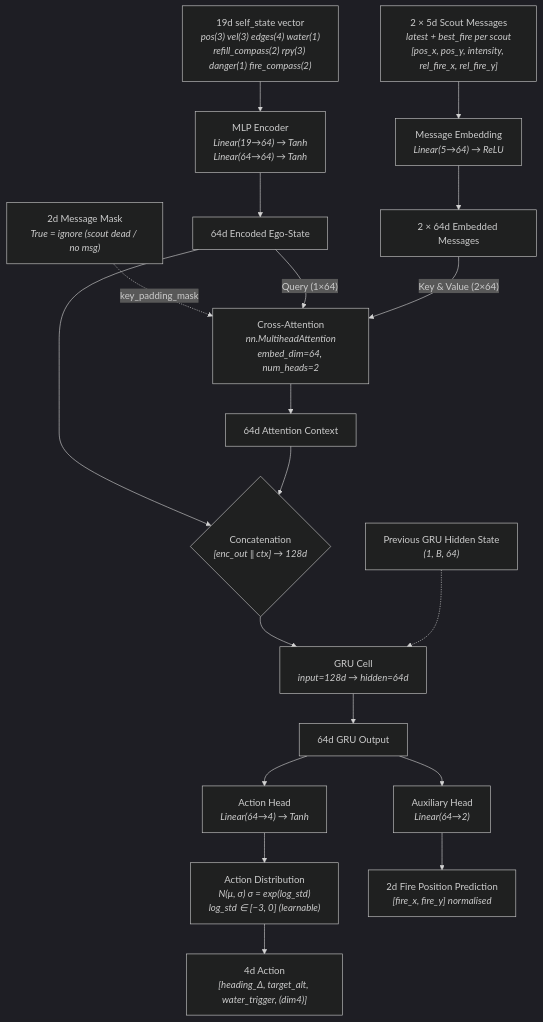
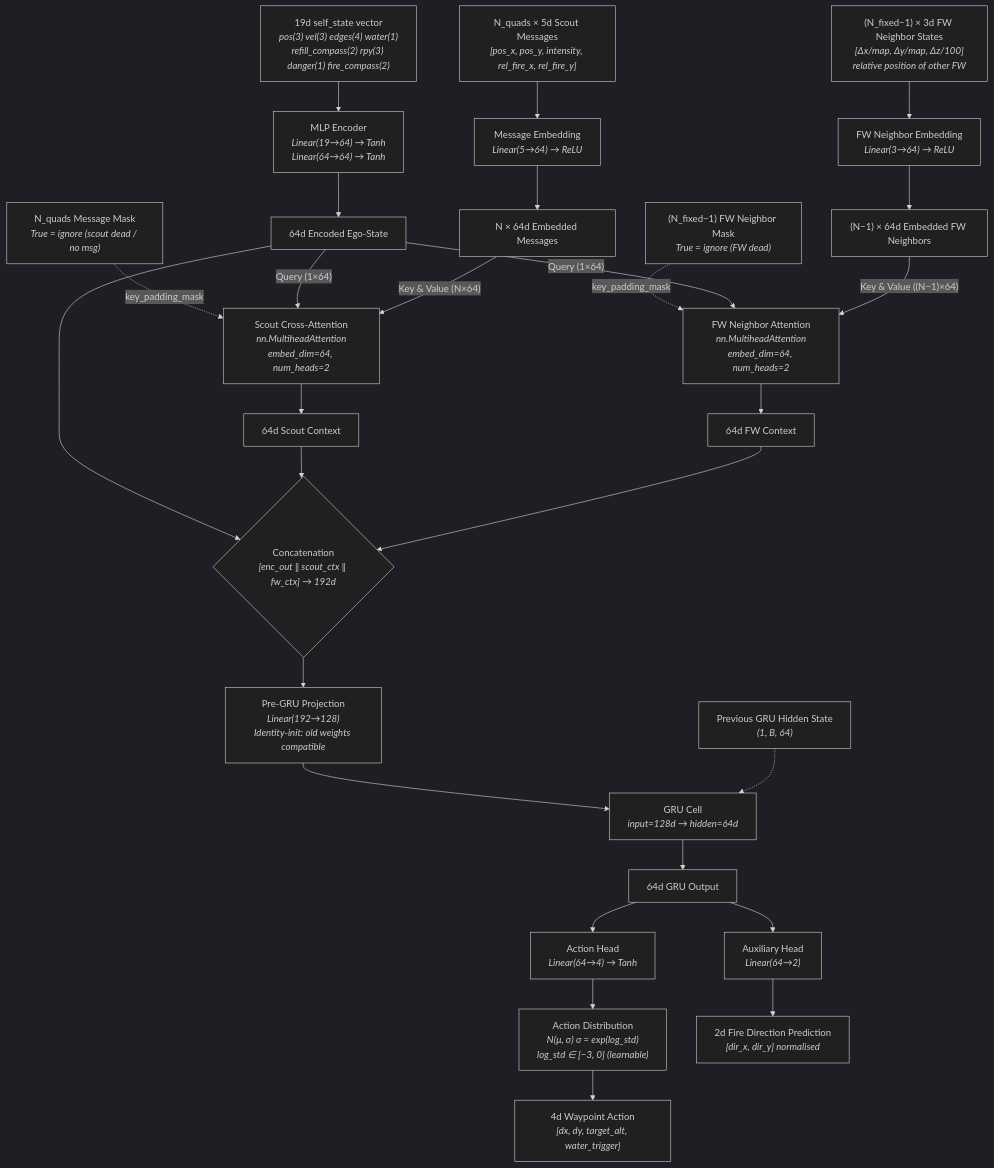
One commit to Filda99/DP changed the diagram in drawings/commander_network_architecture.mmd. Above: the diagram before and after it, drawn with Mermaid (dark theme). The commit also changed 5 other files, not shown here.

```diff
--- a/drawings/commander_network_architecture.mmd
+++ b/drawings/commander_network_architecture.mmd
@@ -1,61 +1,82 @@
 graph TD
     %% =====================================================================
-    %% CommanderActor — Fixed-Wing Network Architecture (Phase 6)
+    %% CommanderActor — Fixed-Wing Network Architecture (Phase 7 — Multi-FW)
     %% Source: src/models.py — class CommanderActor
     %% =====================================================================
 
     %% ── Vstupy ──
     SelfState["19d self_state vector<br><i>pos(3) vel(3) edges(4) water(1)<br>refill_compass(2) rpy(3) danger(1) fire_compass(2)</i>"]
-    ScoutMsgs["2 × 5d Scout Messages<br><i>latest + best_fire per scout</i><br><i>[pos_x, pos_y, intensity, rel_fire_x, rel_fire_y]</i>"]
-    MsgMask["2d Message Mask<br><i>True = ignore (scout dead / no msg)</i>"]
+    ScoutMsgs["N_quads × 5d Scout Messages<br><i>[pos_x, pos_y, intensity, rel_fire_x, rel_fire_y]</i>"]
+    MsgMask["N_quads Message Mask<br><i>True = ignore (scout dead / no msg)</i>"]
+    FWNeigh["(N_fixed−1) × 3d FW Neighbor States<br><i>[Δx/map, Δy/map, Δz/100]<br>relative position of other FW</i>"]
+    FWMask["(N_fixed−1) FW Neighbor Mask<br><i>True = ignore (FW dead)</i>"]
     PrevHidden["Previous GRU Hidden State<br><i>(1, B, 64)</i>"]
 
     %% ── Encoder větev ──
     MLPEnc["MLP Encoder<br><i>Linear(19→64) → Tanh<br>Linear(64→64) → Tanh</i>"]
     EncState["64d Encoded Ego-State"]
 
-    %% ── Message větev ──
+    %% ── Scout message větev ──
     MsgEmb["Message Embedding<br><i>Linear(5→64) → ReLU</i>"]
-    EmbMsgs["2 × 64d Embedded Messages"]
+    EmbMsgs["N × 64d Embedded Messages"]
 
-    %% ── Cross-Attention ──
-    CrossAttn["Cross-Attention<br><i>nn.MultiheadAttention<br>embed_dim=64, num_heads=2</i>"]
-    Context["64d Attention Context"]
+    %% ── Scout Cross-Attention ──
+    CrossAttn["Scout Cross-Attention<br><i>nn.MultiheadAttention<br>embed_dim=64, num_heads=2</i>"]
+    ScoutCtx["64d Scout Context"]
 
-    %% ── Fúze ──
-    Concat{"Concatenation<br><i>[enc_out ‖ ctx] → 128d</i>"}
+    %% ── FW Neighbor větev ──
+    FWEmb["FW Neighbor Embedding<br><i>Linear(3→64) → ReLU</i>"]
+    EmbFW["(N−1) × 64d Embedded FW Neighbors"]
+
+    %% ── FW Cross-Attention ──
+    FWAttn["FW Neighbor Attention<br><i>nn.MultiheadAttention<br>embed_dim=64, num_heads=2</i>"]
+    FWCtx["64d FW Context"]
+
+    %% ── Pre-GRU Projection ──
+    Concat{"Concatenation<br><i>[enc_out ‖ scout_ctx ‖ fw_ctx] → 192d</i>"}
+    PreGRU["Pre-GRU Projection<br><i>Linear(192→128)<br>Identity-init: old weights compatible</i>"]
 
     %% ── Paměť ──
     GRU["GRU Cell<br><i>input=128d → hidden=64d</i>"]
     Features["64d GRU Output"]
 
     %% ── Výstupní hlavy ──
     ActHead["Action Head<br><i>Linear(64→4) → Tanh</i>"]
     ActDist["Action Distribution<br><i>N(μ, σ)  σ = exp(log_std)<br>log_std ∈ [−3, 0] (learnable)</i>"]
-    ActionOut["4d Action<br><i>[heading_Δ, target_alt, water_trigger, (dim4)]</i>"]
+    ActionOut["4d Waypoint Action<br><i>[dx, dy, target_alt, water_trigger]</i>"]
 
     AuxHead["Auxiliary Head<br><i>Linear(64→2)</i>"]
-    AuxOut["2d Fire Position Prediction<br><i>[fire_x, fire_y] normalised</i>"]
+    AuxOut["2d Fire Direction Prediction<br><i>[dir_x, dir_y] normalised</i>"]
 
     %% ── Propojení: Encoder ──
     SelfState --> MLPEnc --> EncState
 
-    %% ── Propojení: Zprávy ──
+    %% ── Propojení: Scout zprávy ──
     ScoutMsgs --> MsgEmb --> EmbMsgs
     MsgMask -.->|key_padding_mask| CrossAttn
 
-    %% ── Cross-Attention ──
+    %% ── Scout Cross-Attention ──
     EncState -->|"Query (1×64)"| CrossAttn
-    EmbMsgs -->|"Key & Value (2×64)"| CrossAttn
-    CrossAttn --> Context
+    EmbMsgs -->|"Key & Value (N×64)"| CrossAttn
+    CrossAttn --> ScoutCtx
 
-    %% ── Fúze a GRU ──
+    %% ── Propojení: FW Neighbors ──
+    FWNeigh --> FWEmb --> EmbFW
+    FWMask -.->|key_padding_mask| FWAttn
+
+    %% ── FW Neighbor Attention ──
+    EncState -->|"Query (1×64)"| FWAttn
+    EmbFW -->|"Key & Value ((N−1)×64)"| FWAttn
+    FWAttn --> FWCtx
+
+    %% ── Fúze, projekce a GRU ──
     EncState --> Concat
-    Context --> Concat
-    Concat --> GRU
+    ScoutCtx --> Concat
+    FWCtx --> Concat
+    Concat --> PreGRU --> GRU
     PrevHidden -.-> GRU
     GRU --> Features
 
     %% ── Výstupní hlavy ──
     Features --> ActHead --> ActDist --> ActionOut
     Features --> AuxHead --> AuxOut
```
